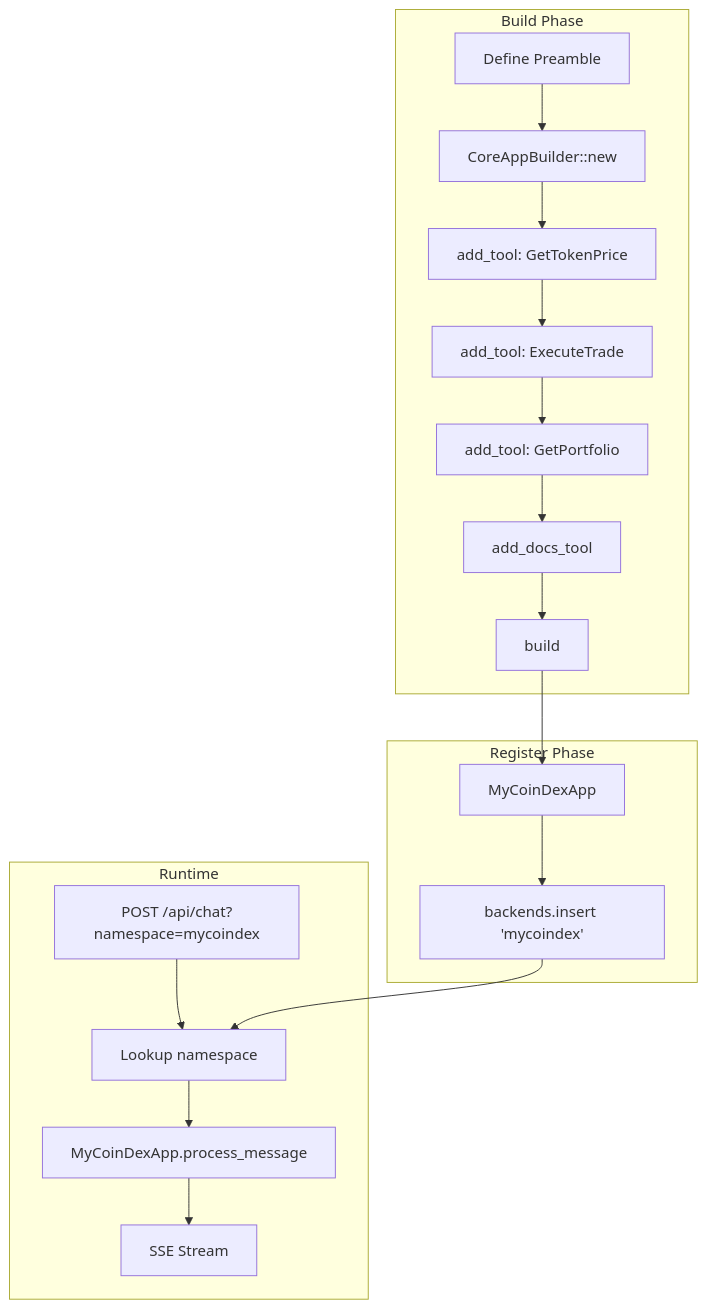
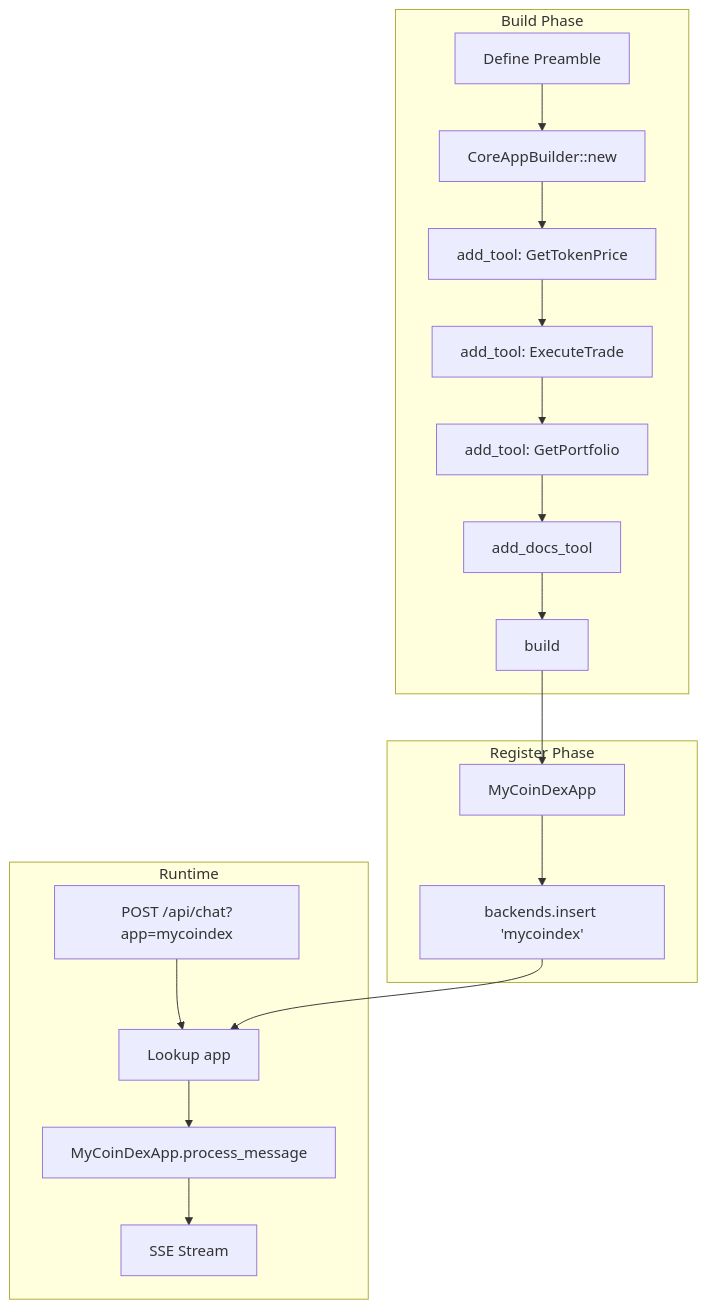
The third of 3 diagrams in apps/landing/content/guides/build/services/building-apps.mdx (aomi-labs/aomi-widget), drawn with Mermaid before and after one commit. The commit also changed other lines of this file and 24 other files, not shown here.

````diff
--- a/apps/landing/content/guides/build/services/building-apps.mdx
+++ b/apps/landing/content/guides/build/services/building-apps.mdx
@@ -269,24 +269,24 @@
 ```mermaid
 flowchart TB
     subgraph "Build Phase"
         P[Define Preamble] --> B[CoreAppBuilder::new]
         B --> T1[add_tool: GetTokenPrice]
         T1 --> T2[add_tool: ExecuteTrade]
         T2 --> T3[add_tool: GetPortfolio]
         T3 --> D[add_docs_tool]
         D --> BUILD[build]
     end
 
     subgraph "Register Phase"
         BUILD --> APP[MyCoinDexApp]
         APP --> REG[backends.insert 'mycoindex']
     end
 
     subgraph "Runtime"
-        REQ[POST /api/chat?namespace=mycoindex] --> LOOKUP[Lookup namespace]
+        REQ[POST /api/chat?app=mycoindex] --> LOOKUP[Lookup app]
         LOOKUP --> APP2[MyCoinDexApp.process_message]
         APP2 --> RESPONSE[SSE Stream]
     end
 
     REG --> LOOKUP
 ```
````
